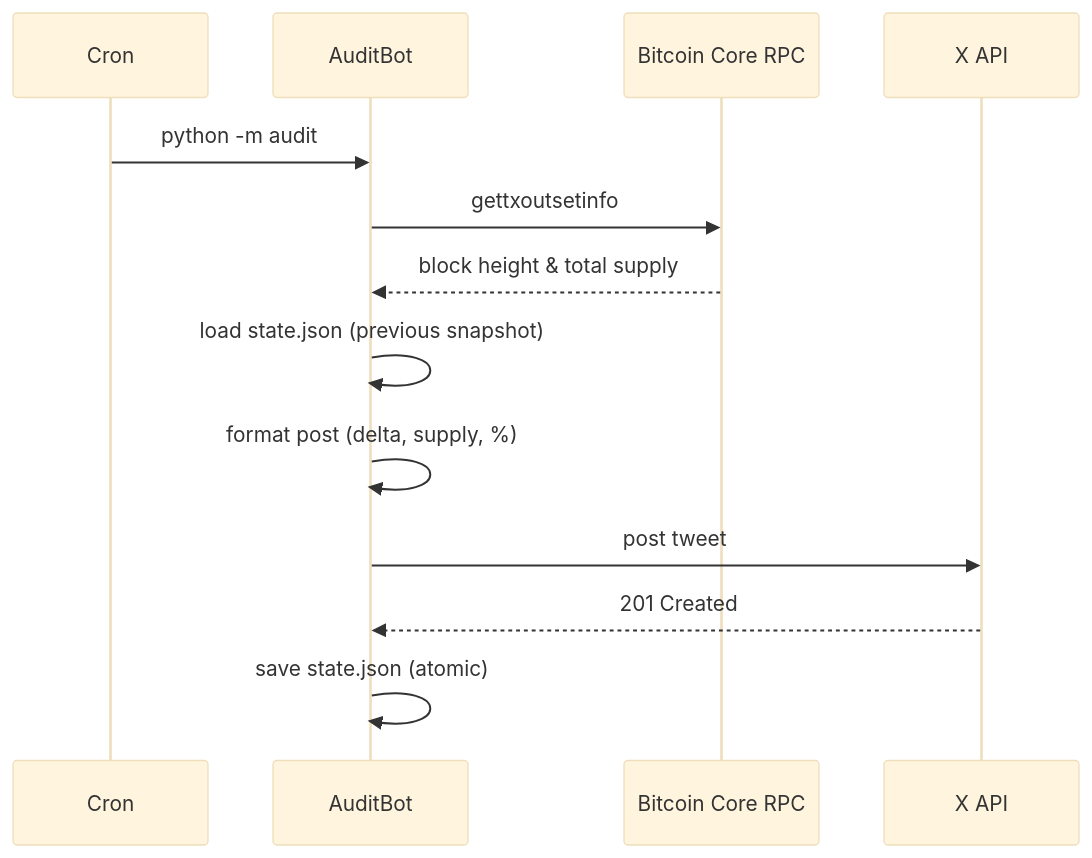
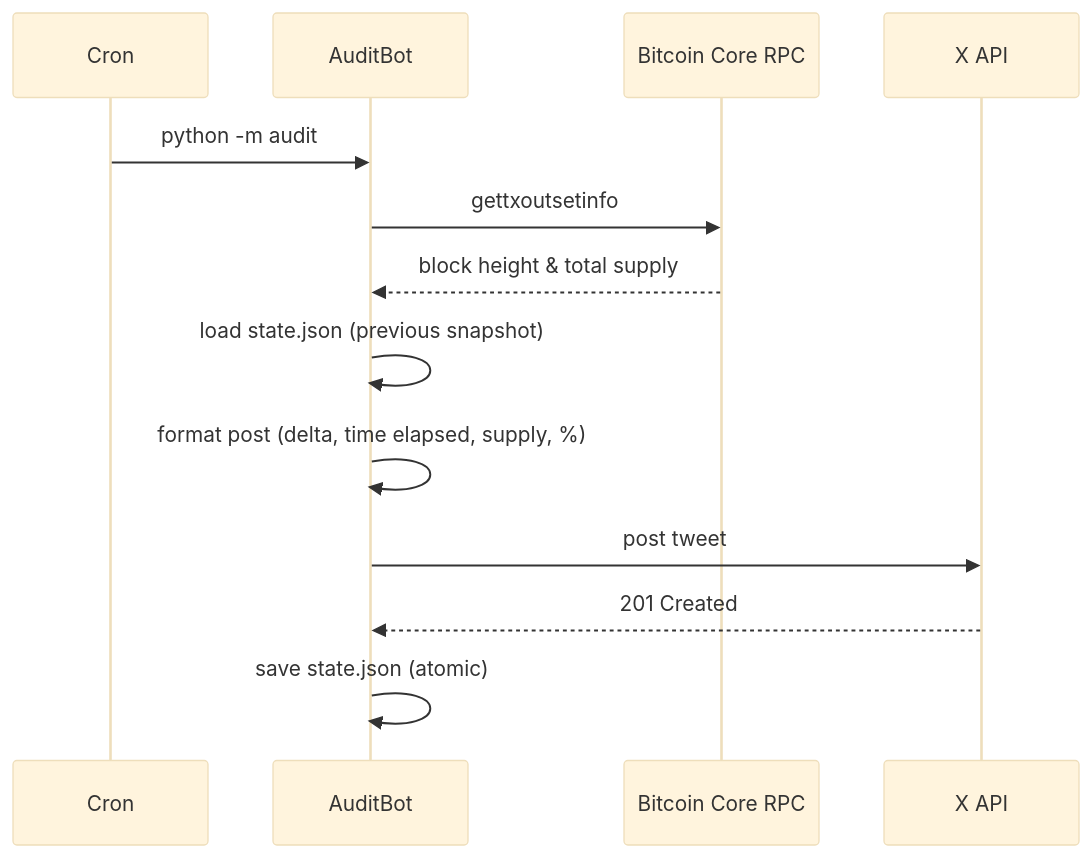
One commit to janrothen/bitcoin-audit changed the diagram in README.md. Above: the diagram before and after it, drawn with Mermaid (base theme). The commit also changed other lines of this file and 1 other file, not shown here.

First line of the commit message:
Document state.py, block_time, and power-safe state writes

````diff
--- a/README.md
+++ b/README.md
@@ -37,16 +37,16 @@
 ```mermaid
 sequenceDiagram
     participant Cron
     participant AuditBot
     participant Bitcoin Core RPC
     participant X API
 
     Cron->>AuditBot: python -m audit
     AuditBot->>Bitcoin Core RPC: gettxoutsetinfo
     Bitcoin Core RPC-->>AuditBot: block height & total supply
     AuditBot->>AuditBot: load state.json (previous snapshot)
-    AuditBot->>AuditBot: format post (delta, supply, %)
+    AuditBot->>AuditBot: format post (delta, time elapsed, supply, %)
     AuditBot->>X API: post tweet
     X API-->>AuditBot: 201 Created
     AuditBot->>AuditBot: save state.json (atomic)
 ```
````
